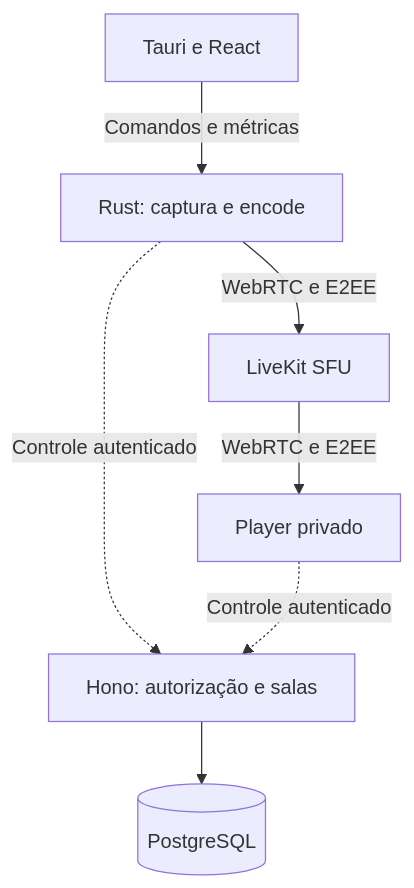
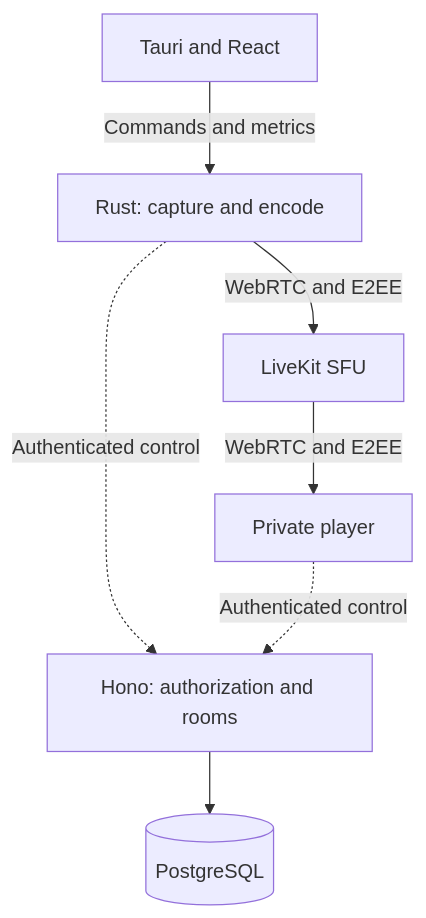
The diagram in PLAN.md (jaovito/screen-share), drawn with Mermaid before and after one commit. The commit also changed other lines of this file and 83 other files, not shown here.

````diff
--- a/PLAN.md
+++ b/PLAN.md
@@ -45,15 +45,15 @@
 ```mermaid
 flowchart TD
-    UI["Tauri e React"]
-    CORE["Rust: captura e encode"]
-    API["Hono: autorização e salas"]
+    UI["Tauri and React"]
+    CORE["Rust: capture and encode"]
+    API["Hono: authorization and rooms"]
     DB[("PostgreSQL")]
     SFU["LiveKit SFU"]
-    VIEW["Player privado"]
-    UI -->|Comandos e métricas| CORE
-    CORE -.->|Controle autenticado| API
-    VIEW -.->|Controle autenticado| API
+    VIEW["Private player"]
+    UI -->|Commands and metrics| CORE
+    CORE -.->|Authenticated control| API
+    VIEW -.->|Authenticated control| API
     API --> DB
-    CORE -->|WebRTC e E2EE| SFU
-    SFU -->|WebRTC e E2EE| VIEW
+    CORE -->|WebRTC and E2EE| SFU
+    SFU -->|WebRTC and E2EE| VIEW
 ```
````
